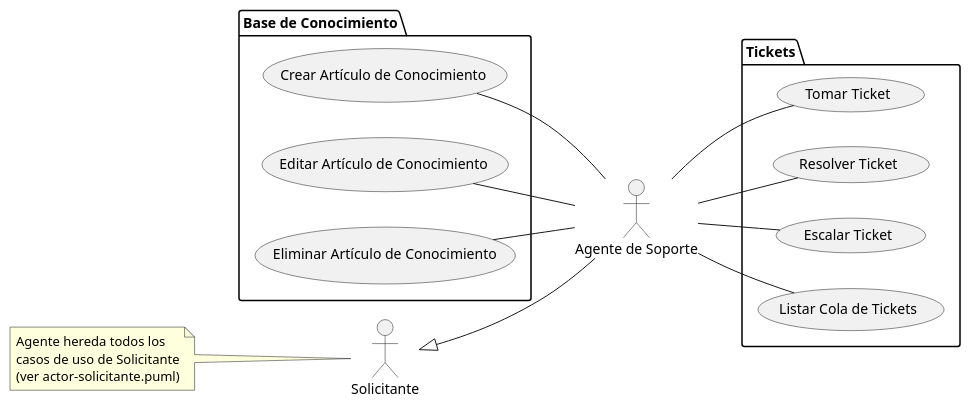
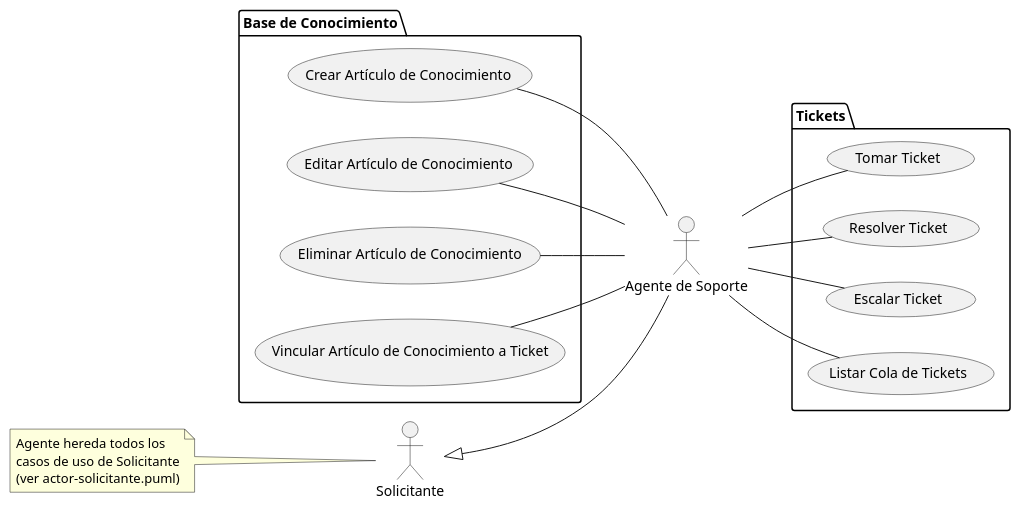
The diagram in puml/01-fase-inicio/casos-de-uso/actor-agente-soporte.puml (Dievex/01-HelpDesk), drawn with PlantUML before and after one commit. The commit also changed 4 other files, not shown here.

```diff
--- a/puml/01-fase-inicio/casos-de-uso/actor-agente-soporte.puml
+++ b/puml/01-fase-inicio/casos-de-uso/actor-agente-soporte.puml
@@ -1,38 +1,40 @@
 @startuml actor-agente-soporte
 left to right direction
 
 ' El orden del texto en la asociación controla el lado: "paquete -- Actor"
 ' lo deja a la izquierda; "Actor -- paquete" a la derecha.
 
 actor Solicitante
 actor "Agente de Soporte" as Agente
 Solicitante <|-- Agente
 
 note left of Solicitante
   Agente hereda todos los
   casos de uso de Solicitante
   (ver actor-solicitante.puml)
 end note
 
 package "Base de Conocimiento" {
   usecase "Crear Artículo de Conocimiento" as UC15
   usecase "Editar Artículo de Conocimiento" as UC16
   usecase "Eliminar Artículo de Conocimiento" as UC17
+  usecase "Vincular Artículo de Conocimiento a Ticket" as UC43
 }
 
 package Tickets {
   usecase "Tomar Ticket" as UC11
   usecase "Resolver Ticket" as UC12
   usecase "Escalar Ticket" as UC13
   usecase "Listar Cola de Tickets" as UC14
 }
 
 UC15 -- Agente
 UC16 -- Agente
 UC17 -- Agente
+UC43 -- Agente
 
 Agente -- UC11
 Agente -- UC12
 Agente -- UC13
 Agente -- UC14
 @enduml
```
